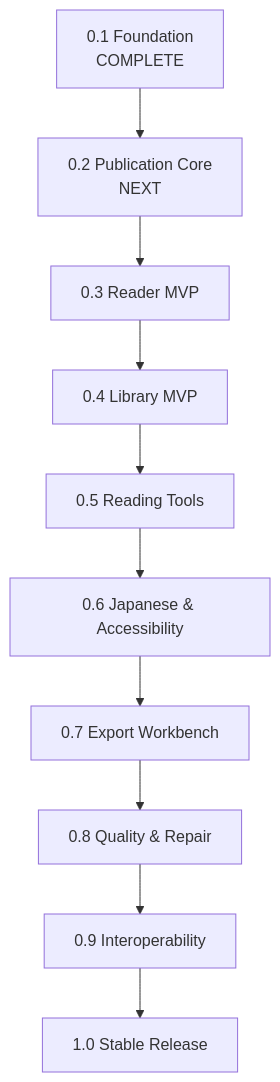
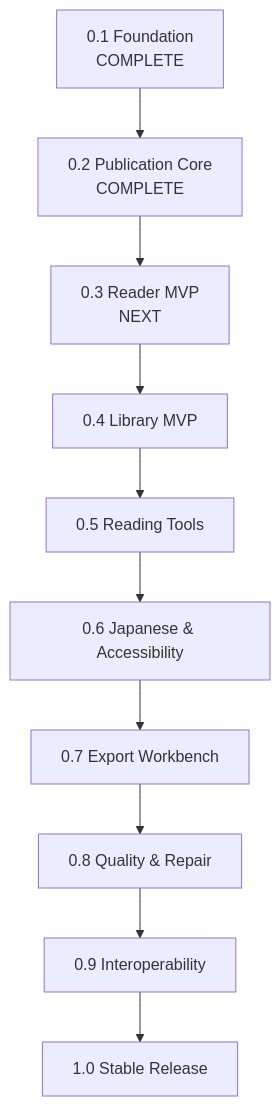
The diagram in docs/roadmap.md (bosatsu25/ReflowPress), drawn with Mermaid before and after one commit. The commit also changed other lines of this file and 4 other files, not shown here.

Commit message:
docs: document Publication Core implementation

````diff
--- a/docs/roadmap.md
+++ b/docs/roadmap.md
@@ -14,12 +14,12 @@
 ```mermaid
 flowchart TD
-    M01[0.1 Foundation<br/>COMPLETE] --> M02[0.2 Publication Core<br/>NEXT]
-    M02 --> M03[0.3 Reader MVP]
+    M01[0.1 Foundation<br/>COMPLETE] --> M02[0.2 Publication Core<br/>COMPLETE]
+    M02 --> M03[0.3 Reader MVP<br/>NEXT]
     M03 --> M04[0.4 Library MVP]
     M04 --> M05[0.5 Reading Tools]
     M05 --> M06[0.6 Japanese & Accessibility]
     M06 --> M07[0.7 Export Workbench]
     M07 --> M08[0.8 Quality & Repair]
     M08 --> M09[0.9 Interoperability]
     M09 --> M10[1.0 Stable Release]
 ```
````
